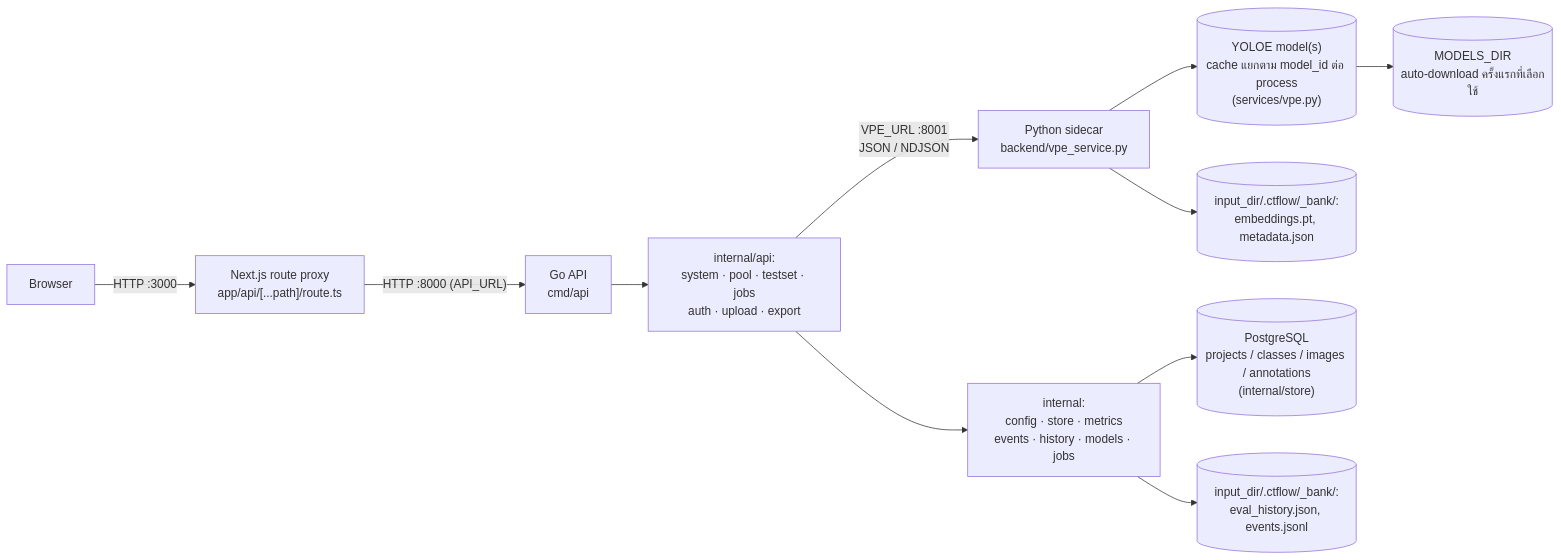
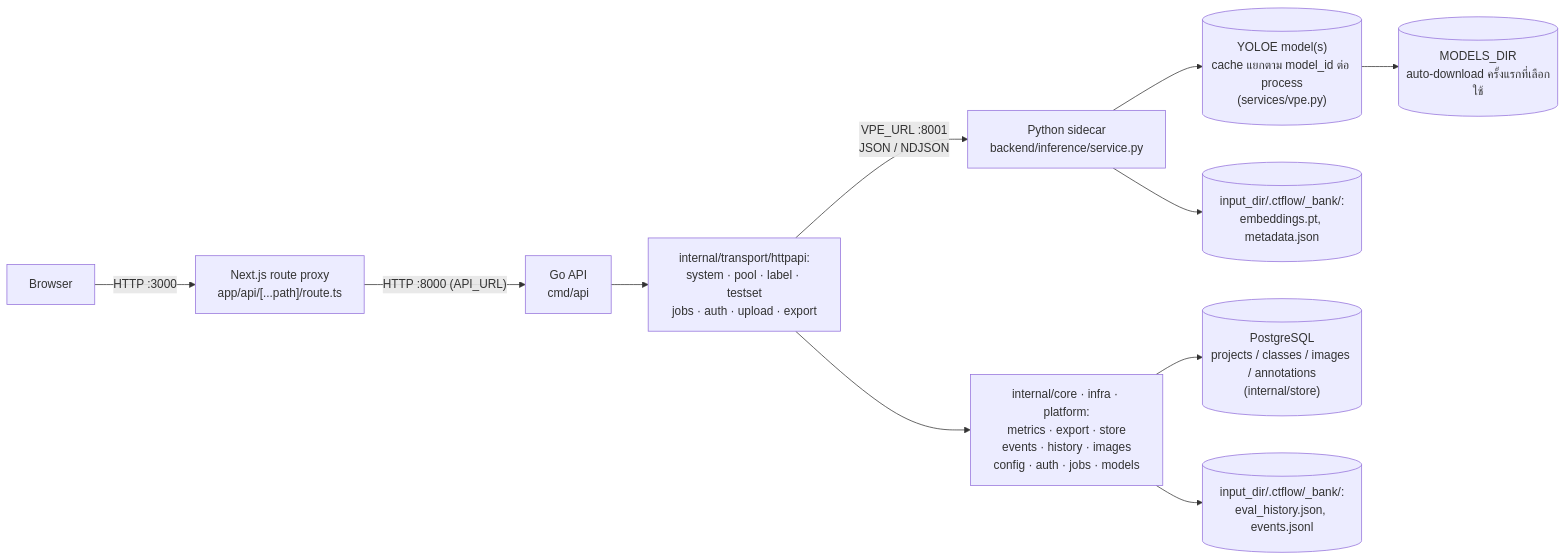
One commit to P-PrPas/CT-Flow changed the diagram in docs/ARCHITECTURE.md. Above: the diagram before and after it, drawn with Mermaid. The commit also changed other lines of this file and 118 other files, not shown here.

````diff
--- a/docs/ARCHITECTURE.md
+++ b/docs/ARCHITECTURE.md
@@ -20,13 +20,13 @@
 ```mermaid
 flowchart LR
     Browser -->|"HTTP :3000"| Proxy["Next.js route proxy<br/>app/api/[...path]/route.ts"]
     Proxy -->|"HTTP :8000 (API_URL)"| API["Go API<br/>cmd/api"]
-    API --> H["internal/api:<br/>system · pool · testset · jobs<br/>auth · upload · export"]
-    H --> Pkgs["internal:<br/>config · store · metrics<br/>events · history · models · jobs"]
-    H -->|"VPE_URL :8001<br/>JSON / NDJSON"| VPE["Python sidecar<br/>backend/vpe_service.py"]
+    API --> H["internal/transport/httpapi:<br/>system · pool · label · testset<br/>jobs · auth · upload · export"]
+    H --> Pkgs["internal/core · infra · platform:<br/>metrics · export · store<br/>events · history · images<br/>config · auth · jobs · models"]
+    H -->|"VPE_URL :8001<br/>JSON / NDJSON"| VPE["Python sidecar<br/>backend/inference/service.py"]
     VPE --> Model[("YOLOE model(s)<br/>cache แยกตาม model_id ต่อ process<br/>(services/vpe.py)")]
     Model --> Weights[("MODELS_DIR<br/>auto-download ครั้งแรกที่เลือกใช้")]
     VPE --> Bank[("input_dir/.ctflow/_bank/:<br/>embeddings.pt, metadata.json")]
     Pkgs --> DB[("PostgreSQL<br/>projects / classes / images / annotations<br/>(internal/store)")]
     Pkgs --> Files[("input_dir/.ctflow/_bank/:<br/>eval_history.json, events.jsonl")]
 ```
````
